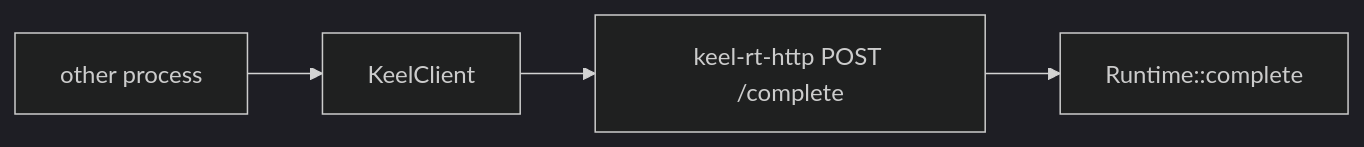
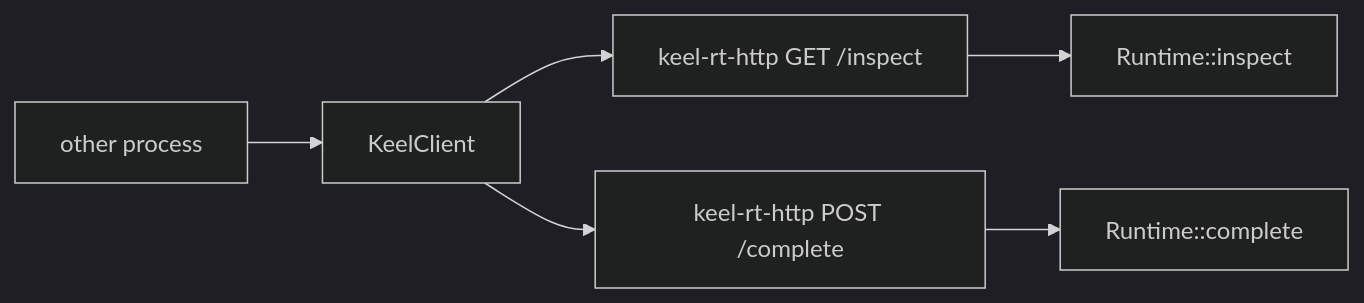
One commit to nessalabs/keel-rt changed the second of 5 diagrams in docs/ARCHITECTURE.md. Above: the diagram before and after it, drawn with Mermaid (dark theme). The commit also changed other lines of this file and 15 other files, not shown here.

First line of the commit message:
sdk/inspect: KeelClient inspect then complete unblocks wait

````diff
--- a/docs/ARCHITECTURE.md
+++ b/docs/ARCHITECTURE.md
@@ -107,8 +112,12 @@
 ```mermaid
 flowchart LR
   other[other process]
   client[KeelClient]
+  httpGet["keel-rt-http GET /inspect"]
   httpPost["keel-rt-http POST /complete"]
-  rt["Runtime::complete"]
-  other --> client --> httpPost --> rt
+  rti["Runtime::inspect"]
+  rtc["Runtime::complete"]
+  other --> client
+  client --> httpGet --> rti
+  client --> httpPost --> rtc
 ```
````
